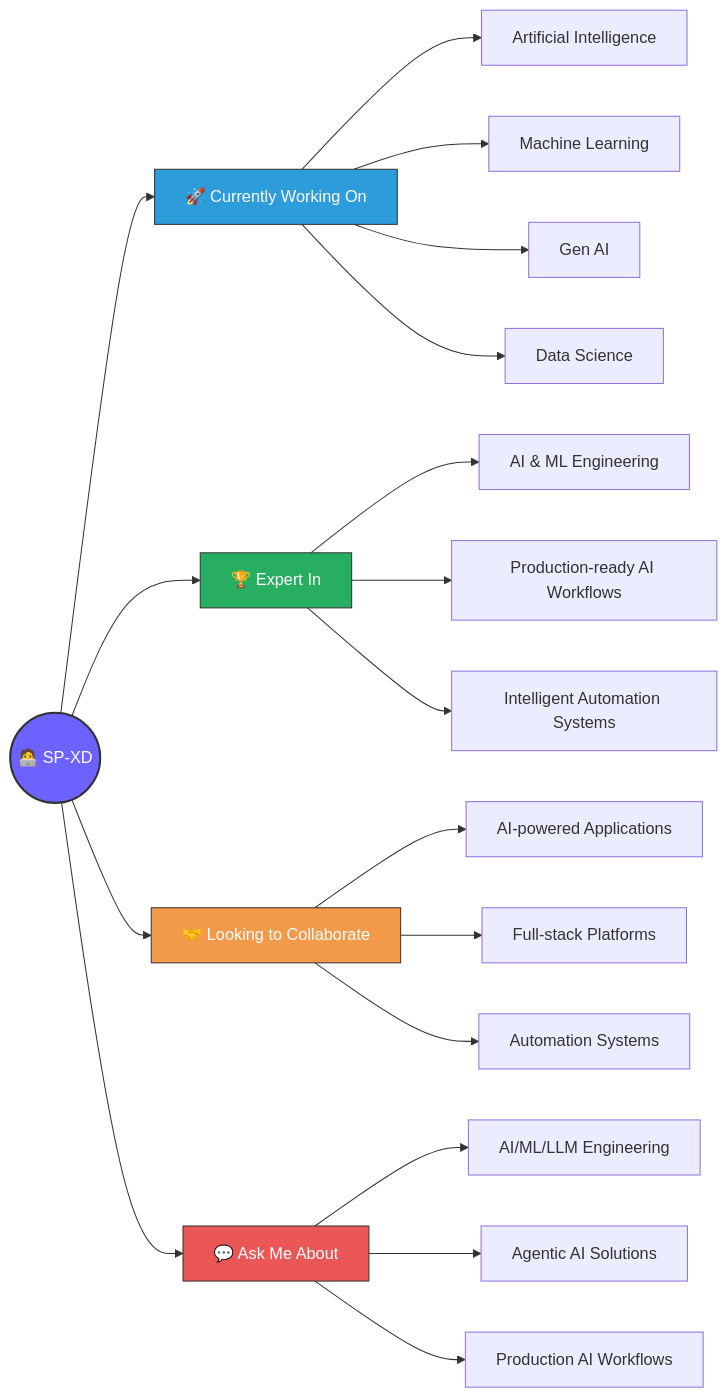
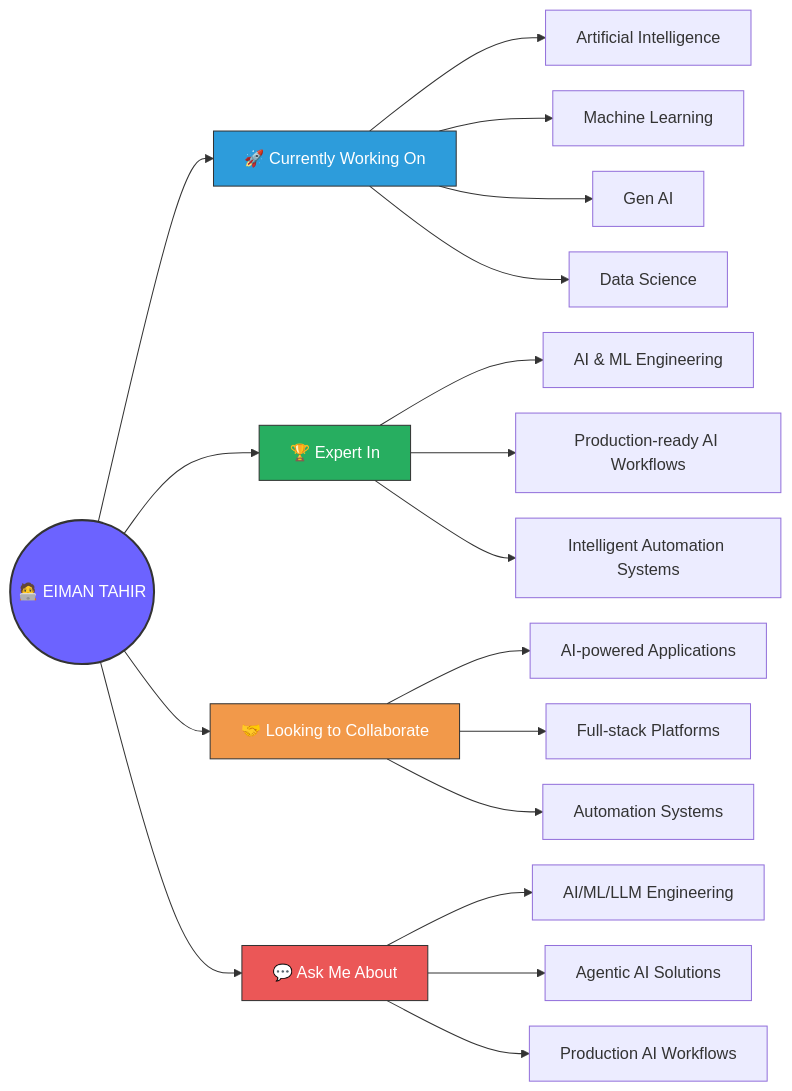
The diagram in README.md (EimanTahir027/EimanTahir027), drawn with Mermaid before and after one commit. The commit also changed other lines of this file, not shown here.

````diff
--- a/README.md
+++ b/README.md
@@ -43,31 +37,32 @@
 ```mermaid
+%%{init: {"flowchart": {"nodeSpacing": 25, "rankSpacing": 55}}}%%
 flowchart LR
-    ME(("🧑‍💻 SP-XD"))
+    ME(("🧑‍💻 EIMAN TAHIR "))
 
     ME --> CW["🚀 Currently Working On"]
     CW --> CW1[Artificial Intelligence]
     CW --> CW2[Machine Learning]
     CW --> CW3[Gen AI]
     CW --> CW4[Data Science]
 
     ME --> EX["🏆 Expert In"]
     EX --> EX1[AI & ML Engineering]
     EX --> EX2[Production-ready AI Workflows]
     EX --> EX3[Intelligent Automation Systems]
 
     ME --> COL["🤝 Looking to Collaborate"]
     COL --> COL1[AI-powered Applications]
     COL --> COL2[Full-stack Platforms]
     COL --> COL3[Automation Systems]
 
     ME --> ASK["💬 Ask Me About"]
     ASK --> ASK1[AI/ML/LLM Engineering]
     ASK --> ASK2[Agentic AI Solutions]
     ASK --> ASK3[Production AI Workflows]
 
     style ME fill:#6C63FF,stroke:#333,stroke-width:2px,color:#fff
     style CW fill:#2D9CDB,stroke:#333,color:#fff
     style EX fill:#27AE60,stroke:#333,color:#fff
     style COL fill:#F2994A,stroke:#333,color:#fff
     style ASK fill:#EB5757,stroke:#333,color:#fff
 ```
````
